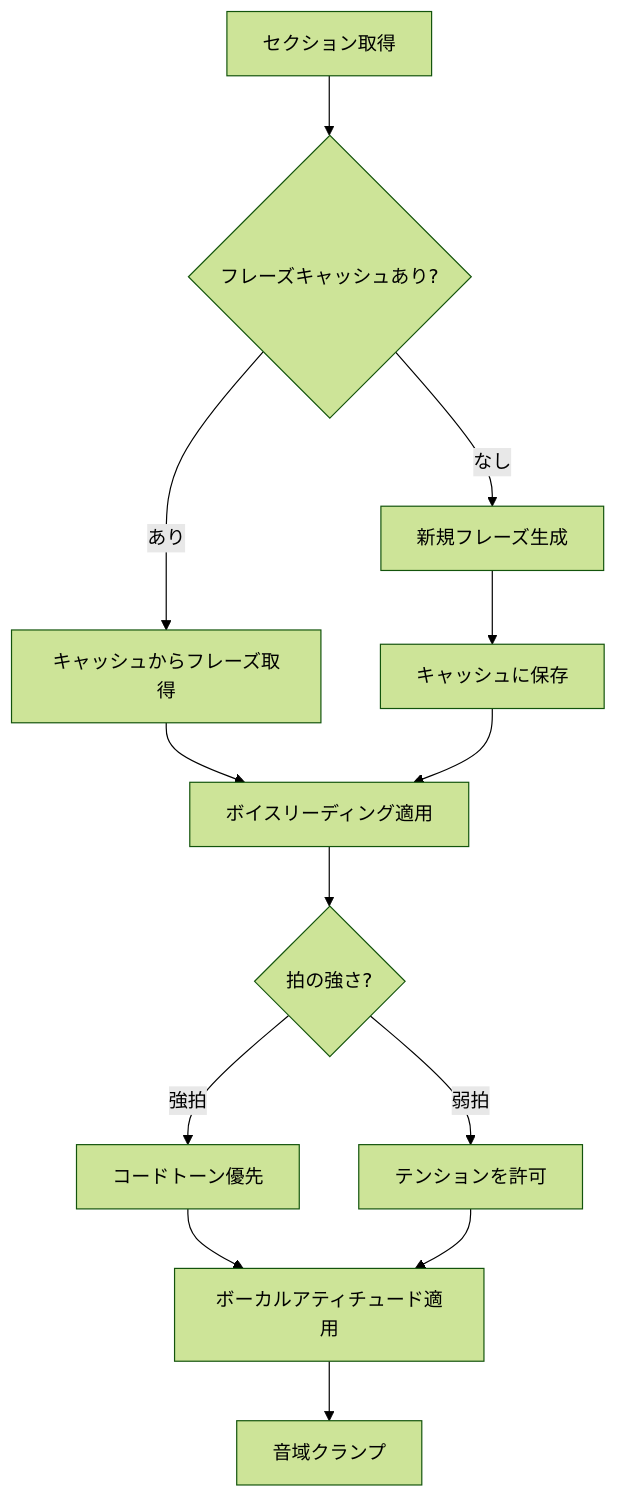
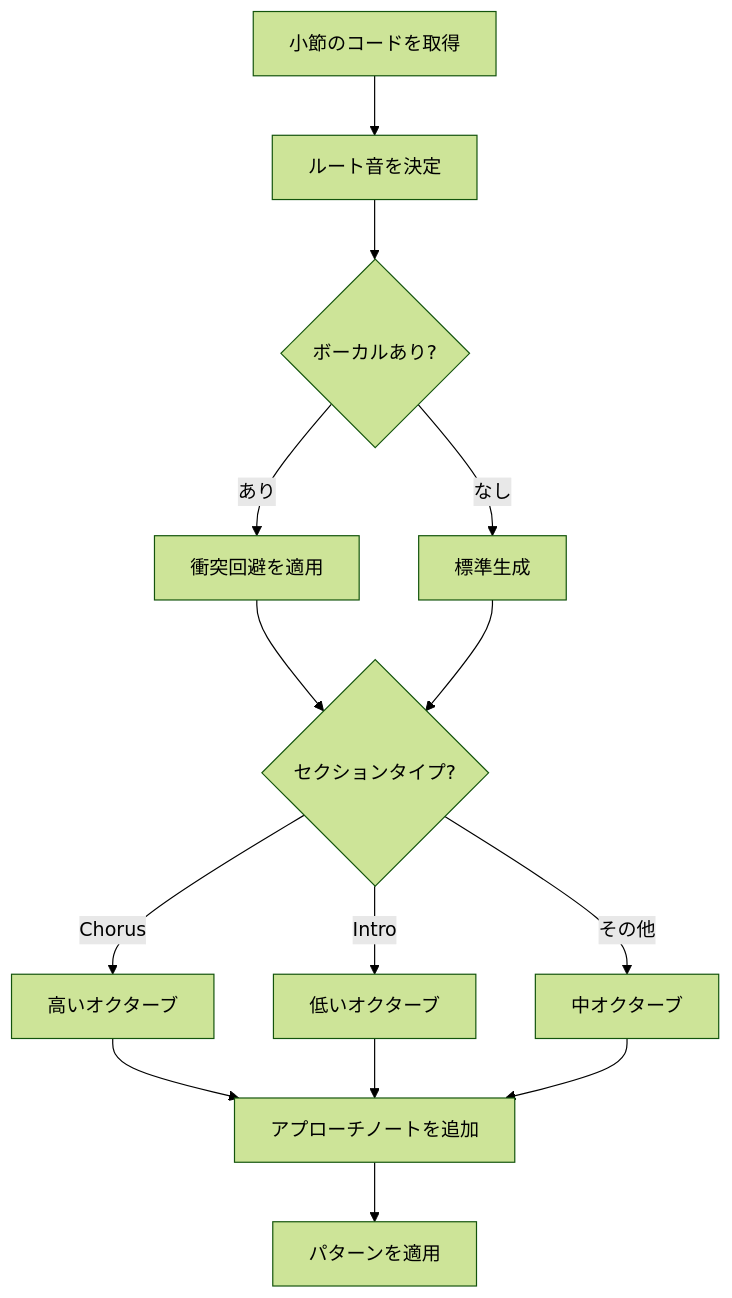
The fifth of 7 diagrams in src/ja/docs/generation-pipeline.md (libraz/midi-sketch-homepage), drawn with Mermaid (forest theme) before and after one commit. The commit also changed other lines of this file and 16 other files, not shown here.

````diff
--- a/src/ja/docs/generation-pipeline.md
+++ b/src/ja/docs/generation-pipeline.md
@@ -137,15 +160,16 @@
 ```mermaid
 flowchart TD
-    A[セクション取得] --> B{フレーズキャッシュあり?}
-    B -->|あり| C[キャッシュからフレーズ取得]
-    B -->|なし| D[新規フレーズ生成]
-    D --> E[キャッシュに保存]
-    C --> F[ボイスリーディング適用]
+    A["小節のコードを取得"] --> B["ルート音を決定"]
+    B --> C{"ボーカルあり?"}
+    C -->|あり| D["衝突回避を適用"]
+    C -->|なし| E["標準生成"]
+    D --> F{"セクションタイプ?"}
     E --> F
-    F --> G{拍の強さ?}
-    G -->|強拍| H[コードトーン優先]
-    G -->|弱拍| I[テンションを許可]
-    H --> J[ボーカルアティチュード適用]
+    F -->|Chorus| G["高いオクターブ"]
+    F -->|Intro| H["低いオクターブ"]
+    F -->|その他| I["中オクターブ"]
+    G --> J["アプローチノートを追加"]
+    H --> J
     I --> J
-    J --> K[音域クランプ]
+    J --> K["パターンを適用"]
 ```
````
